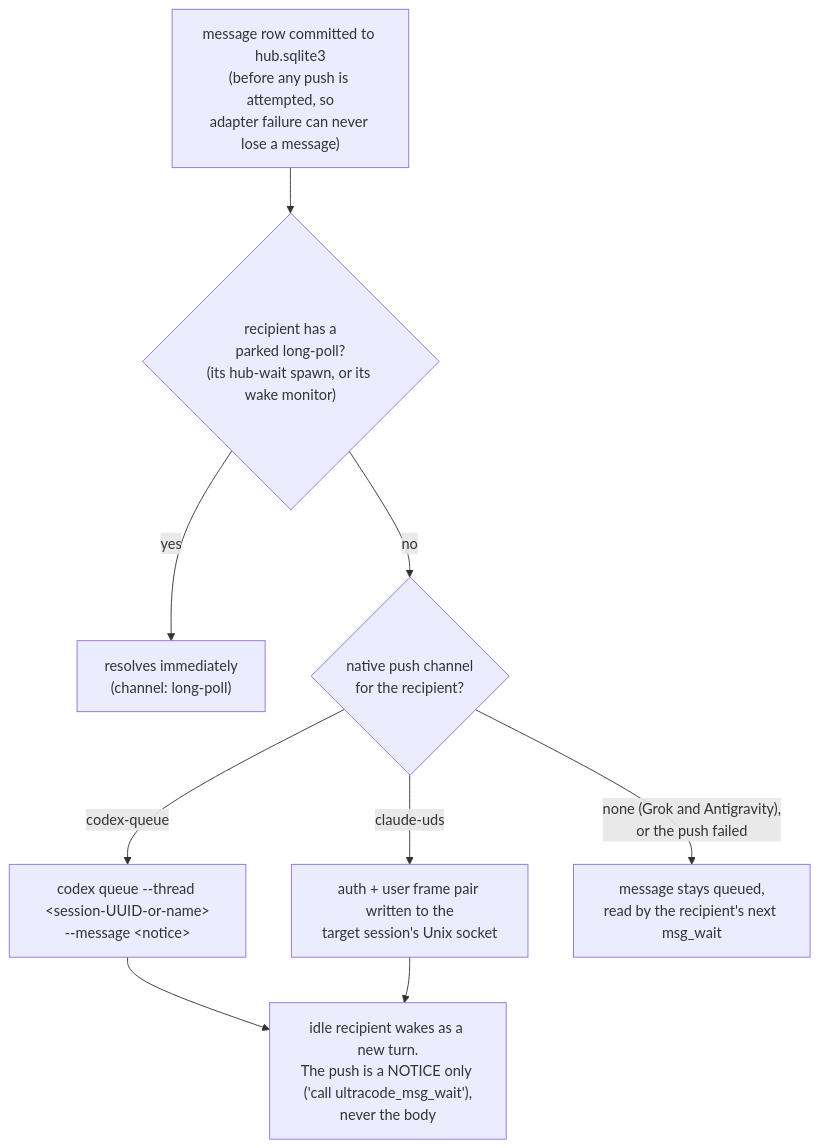
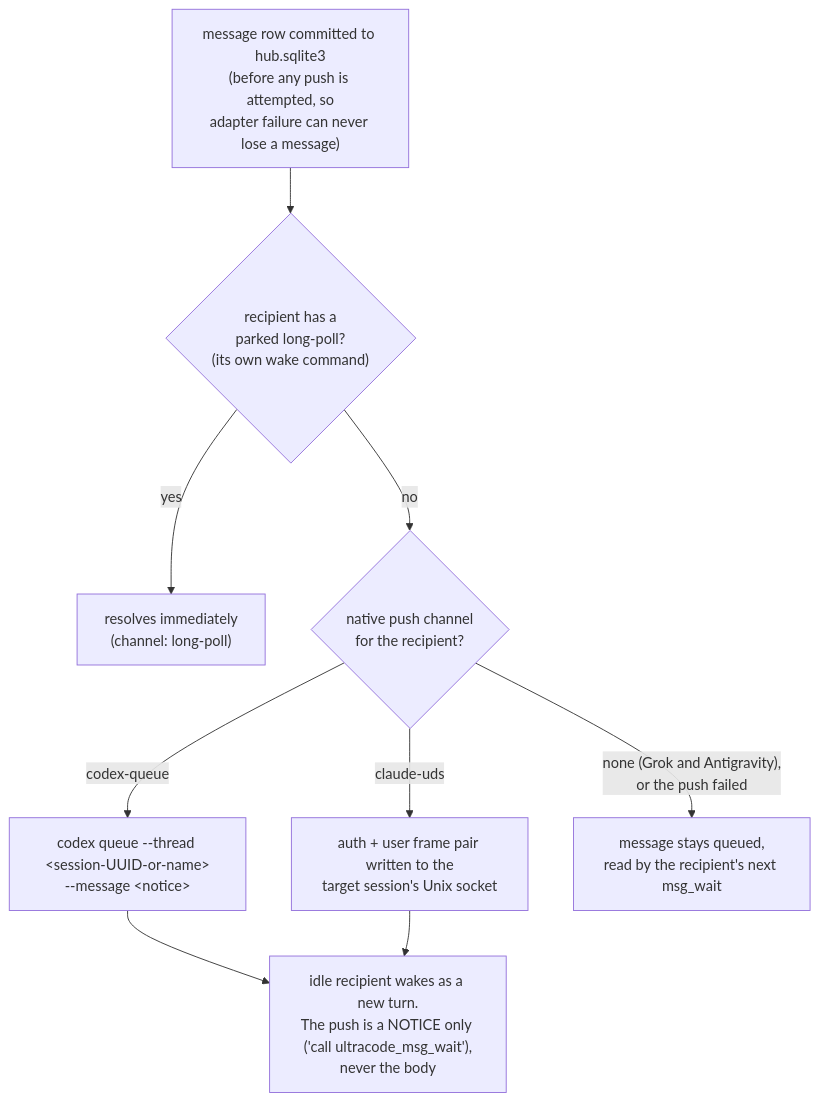
Before and after one commit to diepquynh/ultracode: the second of 4 diagrams in docs/hub.md, drawn with Mermaid. The commit also changed other lines of this file and 37 other files, not shown here.

Commit message:
Remove hub-wait, restrict repo profile load for orchestrator

````diff
--- a/docs/hub.md
+++ b/docs/hub.md
@@ -90,11 +90,11 @@
 ```mermaid
 flowchart TD
-    COMMIT["message row committed to hub.sqlite3<br/>(before any push is attempted, so<br/>adapter failure can never lose a message)"] --> PARKED{"recipient has a<br/>parked long-poll?<br/>(its hub-wait spawn, or its wake monitor)"}
+    COMMIT["message row committed to hub.sqlite3<br/>(before any push is attempted, so<br/>adapter failure can never lose a message)"] --> PARKED{"recipient has a<br/>parked long-poll?<br/>(its own wake command)"}
     PARKED -- yes --> LP["resolves immediately<br/>(channel: long-poll)"]
     PARKED -- no --> NATIVE{"native push channel<br/>for the recipient?"}
     NATIVE -- codex-queue --> CQ["codex queue --thread &lt;session-UUID-or-name&gt;<br/>--message &lt;notice&gt;"]
     NATIVE -- claude-uds --> CU["auth + user frame pair written to the<br/>target session's Unix socket"]
     CQ --> WOKE
     CU --> WOKE["idle recipient wakes as a new turn.<br/>The push is a NOTICE only ('call ultracode_msg_wait'),<br/>never the body"]
     NATIVE -- "none (Grok and Antigravity),<br/>or the push failed" --> QUEUED["message stays queued,<br/>read by the recipient's next msg_wait"]
 ```
````
